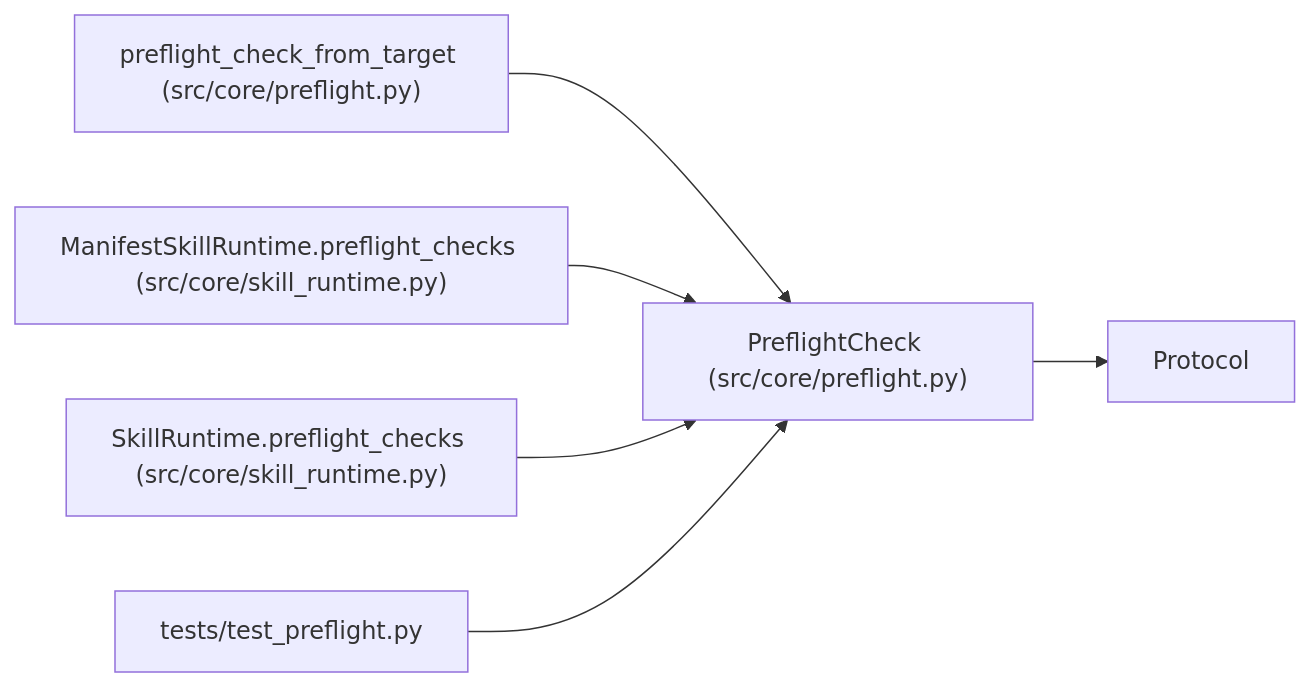
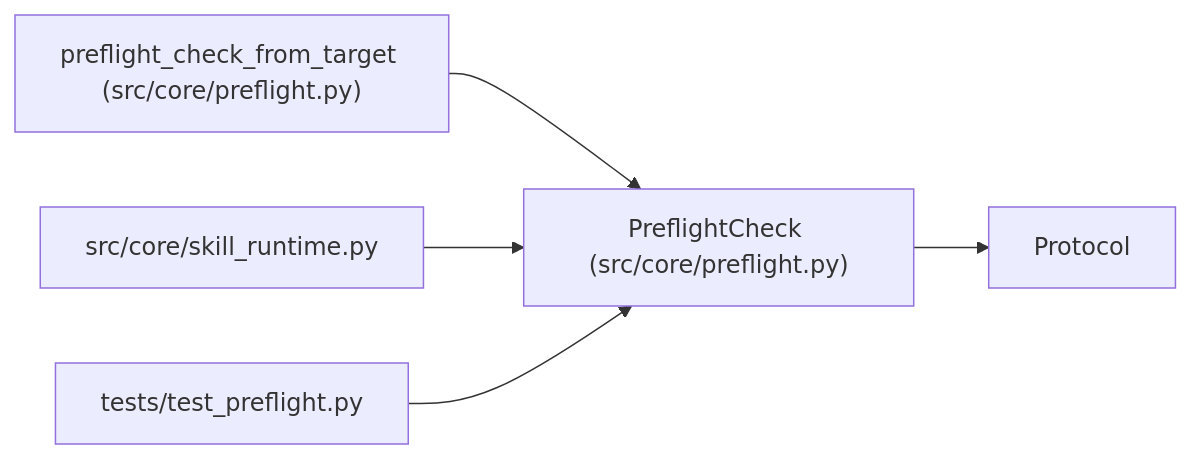
The diagram in docs/llm_wiki/entities/PreflightCheck.md (Denissvgn/autoresearch-agent), drawn with Mermaid before and after one commit. The commit also changed other lines of this file and 1033 other files, not shown here.

````diff
--- a/docs/llm_wiki/entities/PreflightCheck.md
+++ b/docs/llm_wiki/entities/PreflightCheck.md
@@ -34,19 +34,16 @@
 ```mermaid
 flowchart LR
     n0["PreflightCheck (src/core/preflight.py)"]
     n1["Protocol"]
     n2["preflight_check_from_target (src/core/preflight.py)"]
-    n3["ManifestSkillRuntime.preflight_checks (src/core/skill_runtime.py)"]
-    n4["SkillRuntime.preflight_checks (src/core/skill_runtime.py)"]
-    n5["tests/test_preflight.py"]
+    n3["src/core/skill_runtime.py"]
+    n4["tests/test_preflight.py"]
     n0 --> n1
     n2 --> n0
     n3 --> n0
     n4 --> n0
-    n5 --> n0
     click n0 "../modules/preflight.md"
     click n2 "../modules/preflight.md"
     click n3 "../modules/skill_runtime.md"
-    click n4 "../modules/skill_runtime.md"
-    click n5 "../modules/test_preflight.md"
+    click n4 "../modules/test_preflight.md"
 ```
````
